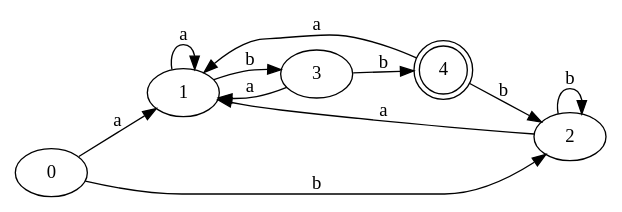
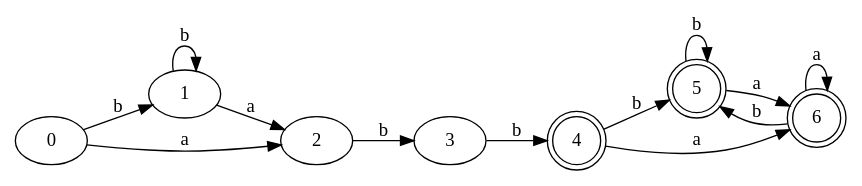
One commit to jua16073/lenguajes_proy1 changed the diagram in test-output/dfa_set.gv. Above: the diagram before and after it, drawn with Graphviz. The commit also changed 10 other files, not shown here.

```diff
--- a/test-output/dfa_set.gv
+++ b/test-output/dfa_set.gv
@@ -1,18 +1,22 @@
 digraph Automata {
 	rankdir=LR
 	0 [label=0]
-	0 -> 1 [label=a]
-	0 -> 2 [label=b]
+	0 -> 1 [label=b]
+	0 -> 2 [label=a]
 	1 [label=1]
-	1 -> 1 [label=a]
-	1 -> 3 [label=b]
+	1 -> 1 [label=b]
+	1 -> 2 [label=a]
 	2 [label=2]
-	2 -> 1 [label=a]
-	2 -> 2 [label=b]
+	2 -> 3 [label=b]
 	3 [label=3]
-	3 -> 1 [label=a]
 	3 -> 4 [label=b]
 	4 [label=4 shape=doublecircle]
-	4 -> 1 [label=a]
-	4 -> 2 [label=b]
+	4 -> 5 [label=b]
+	4 -> 6 [label=a]
+	5 [label=5 shape=doublecircle]
+	5 -> 5 [label=b]
+	5 -> 6 [label=a]
+	6 [label=6 shape=doublecircle]
+	6 -> 5 [label=b]
+	6 -> 6 [label=a]
 }
```
